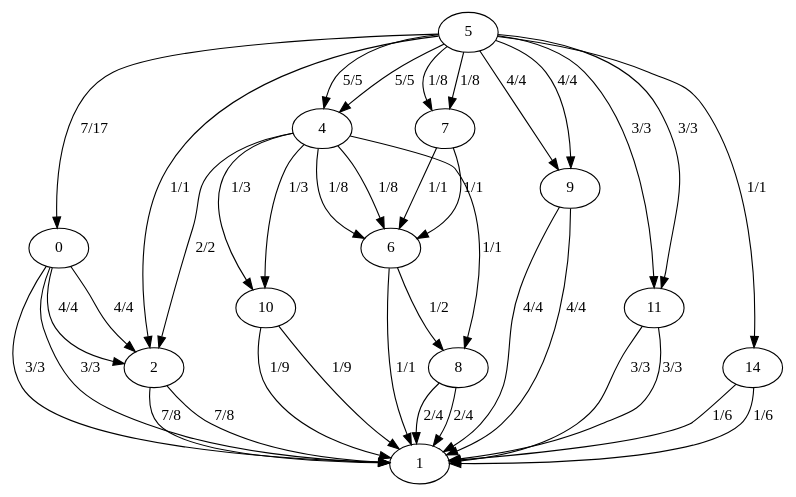
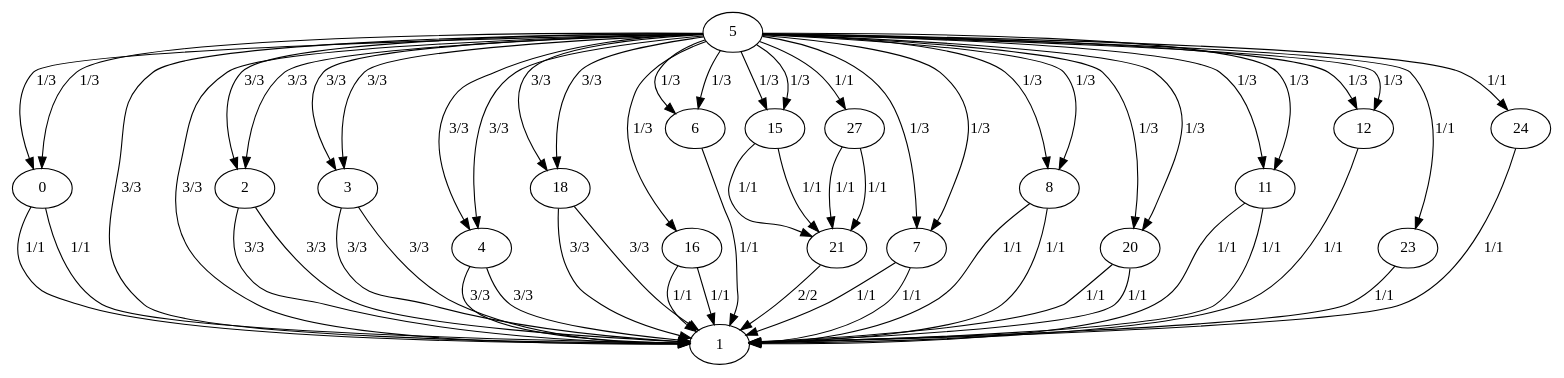
One commit to smol-ivan/proyecto-flujo-maximo changed the diagram in maxflow.dot. Above: the diagram before and after it, drawn with Graphviz. The commit also changed 3 other files, not shown here.

```diff
--- a/maxflow.dot
+++ b/maxflow.dot
@@ -1,39 +1,61 @@
 digraph G {
-  0 -> 1 [label="3/3"];
-  0 -> 2 [label="4/4"];
-  0 -> 1 [label="3/3"];
-  0 -> 2 [label="4/4"];
-  2 -> 1 [label="7/8"];
-  2 -> 1 [label="7/8"];
-  4 -> 6 [label="1/8"];
-  4 -> 2 [label="2/2"];
-  4 -> 8 [label="1/1"];
-  4 -> 10 [label="1/3"];
-  4 -> 6 [label="1/8"];
-  4 -> 10 [label="1/3"];
-  5 -> 4 [label="5/5"];
-  5 -> 0 [label="7/17"];
-  5 -> 4 [label="5/5"];
-  5 -> 7 [label="1/8"];
-  5 -> 2 [label="1/1"];
-  5 -> 9 [label="4/4"];
-  5 -> 11 [label="3/3"];
-  5 -> 14 [label="1/1"];
-  5 -> 7 [label="1/8"];
-  5 -> 9 [label="4/4"];
-  5 -> 11 [label="3/3"];
+  0 -> 1 [label="1/1"];
+  0 -> 1 [label="1/1"];
+  2 -> 1 [label="3/3"];
+  2 -> 1 [label="3/3"];
+  3 -> 1 [label="3/3"];
+  3 -> 1 [label="3/3"];
+  4 -> 1 [label="3/3"];
+  4 -> 1 [label="3/3"];
+  5 -> 0 [label="1/3"];
+  5 -> 1 [label="3/3"];
+  5 -> 15 [label="1/3"];
+  5 -> 2 [label="3/3"];
+  5 -> 3 [label="3/3"];
+  5 -> 4 [label="3/3"];
+  5 -> 18 [label="3/3"];
+  5 -> 0 [label="1/3"];
+  5 -> 1 [label="3/3"];
+  5 -> 15 [label="1/3"];
+  5 -> 16 [label="1/3"];
+  5 -> 2 [label="3/3"];
+  5 -> 3 [label="3/3"];
+  5 -> 4 [label="3/3"];
+  5 -> 18 [label="3/3"];
+  5 -> 6 [label="1/3"];
+  5 -> 7 [label="1/3"];
+  5 -> 8 [label="1/3"];
+  5 -> 27 [label="1/1"];
+  5 -> 20 [label="1/3"];
+  5 -> 11 [label="1/3"];
+  5 -> 12 [label="1/3"];
+  5 -> 23 [label="1/1"];
+  5 -> 24 [label="1/1"];
+  5 -> 6 [label="1/3"];
+  5 -> 7 [label="1/3"];
+  5 -> 8 [label="1/3"];
+  5 -> 20 [label="1/3"];
+  5 -> 11 [label="1/3"];
+  5 -> 12 [label="1/3"];
   6 -> 1 [label="1/1"];
-  6 -> 8 [label="1/2"];
-  7 -> 6 [label="1/1"];
-  7 -> 6 [label="1/1"];
-  8 -> 1 [label="2/4"];
-  8 -> 1 [label="2/4"];
-  9 -> 1 [label="4/4"];
-  9 -> 1 [label="4/4"];
-  10 -> 1 [label="1/9"];
-  10 -> 1 [label="1/9"];
-  11 -> 1 [label="3/3"];
-  11 -> 1 [label="3/3"];
-  14 -> 1 [label="1/6"];
-  14 -> 1 [label="1/6"];
+  7 -> 1 [label="1/1"];
+  7 -> 1 [label="1/1"];
+  8 -> 1 [label="1/1"];
+  8 -> 1 [label="1/1"];
+  11 -> 1 [label="1/1"];
+  11 -> 1 [label="1/1"];
+  12 -> 1 [label="1/1"];
+  15 -> 21 [label="1/1"];
+  15 -> 21 [label="1/1"];
+  16 -> 1 [label="1/1"];
+  16 -> 1 [label="1/1"];
+  18 -> 1 [label="3/3"];
+  18 -> 1 [label="3/3"];
+  20 -> 1 [label="1/1"];
+  20 -> 1 [label="1/1"];
+  21 -> 1 [label="2/2"];
+  23 -> 1 [label="1/1"];
+  24 -> 1 [label="1/1"];
+  27 -> 21 [label="1/1"];
+  27 -> 21 [label="1/1"];
 }
```
